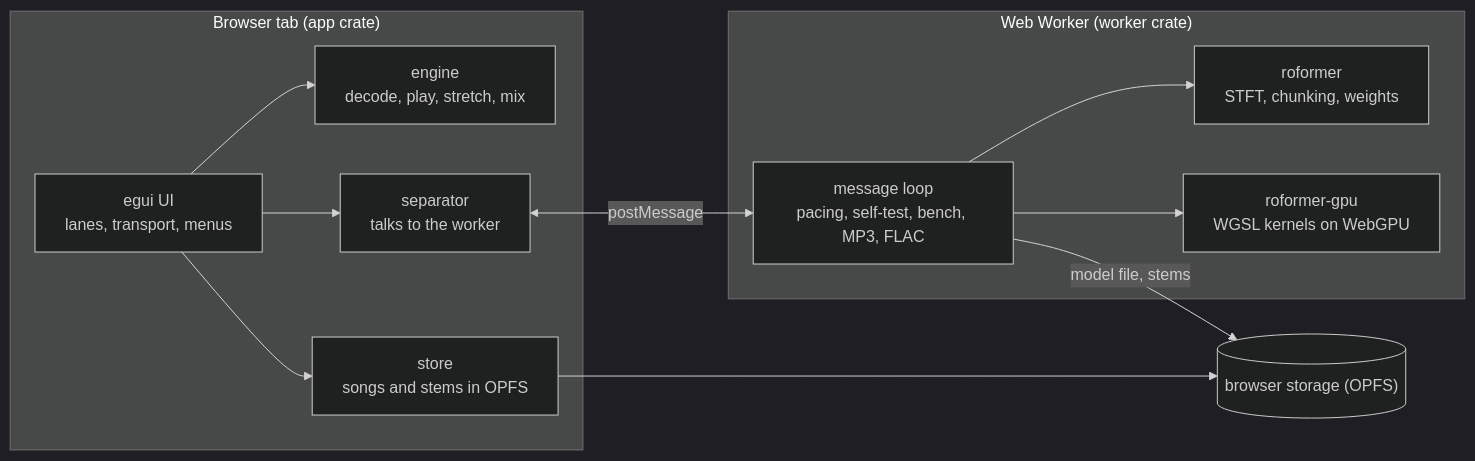
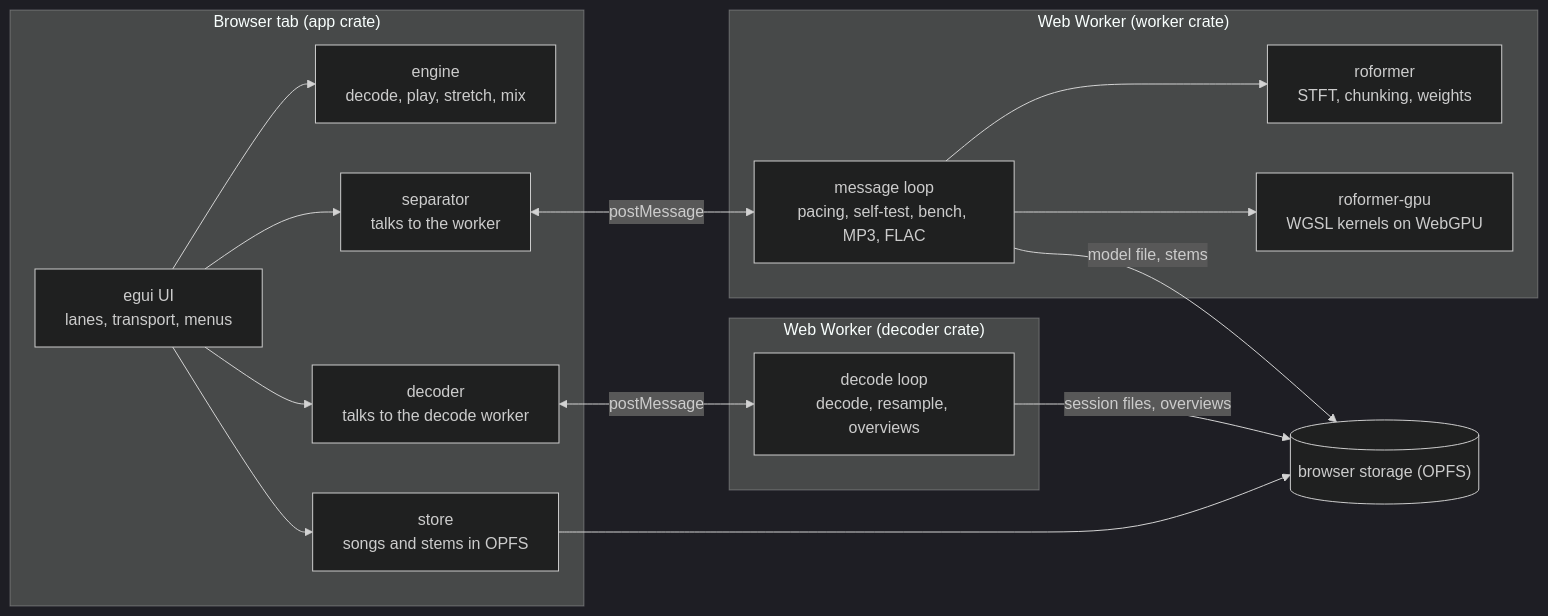
One commit to lloydmeta/stemyla changed the first of 5 diagrams in docs/ARCHITECTURE.md. Above: the diagram before and after it, drawn with Mermaid (dark theme). The commit also changed other lines of this file and 12 other files, not shown here.

````diff
--- a/docs/ARCHITECTURE.md
+++ b/docs/ARCHITECTURE.md
@@ -5,22 +5,29 @@
 ```mermaid
 flowchart LR
   subgraph page["Browser tab (app crate)"]
     UI["egui UI<br/>lanes, transport, menus"]
     ENG["engine<br/>decode, play, stretch, mix"]
     STORE["store<br/>songs and stems in OPFS"]
     SEP["separator<br/>talks to the worker"]
+    DEC["decoder<br/>talks to the decode worker"]
+  end
+  subgraph decoder["Web Worker (decoder crate)"]
+    DW["decode loop<br/>decode, resample, overviews"]
   end
   subgraph worker["Web Worker (worker crate)"]
     W["message loop<br/>pacing, self-test, bench, MP3, FLAC"]
     RF["roformer<br/>STFT, chunking, weights"]
     GPU["roformer-gpu<br/>WGSL kernels on WebGPU"]
   end
   UI --> ENG
   UI --> STORE
   UI --> SEP
+  UI --> DEC
   SEP <-->|postMessage| W
+  DEC <-->|postMessage| DW
+  DW -->|session files, overviews| OPFS
   W --> RF
   W --> GPU
   W -->|model file, stems| OPFS[("browser storage (OPFS)")]
   STORE --> OPFS
 ```
````
